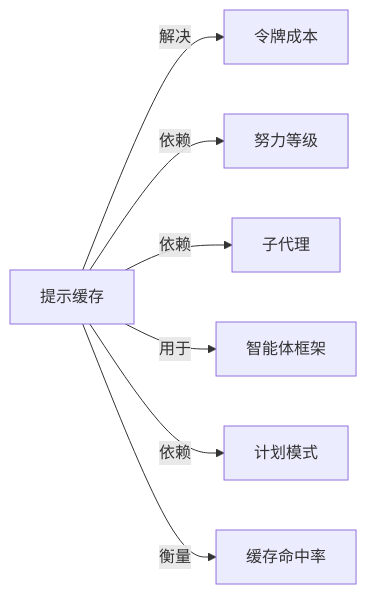
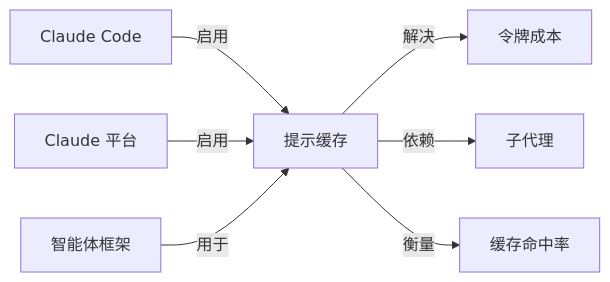
The diagram in wiki/提示缓存.md (yibie/claude-best-practices-zh), drawn with Mermaid before and after one commit. The commit also changed other lines of this file and 407 other files, not shown here.

Commit message:
feat: DeepSeek 三遍审校（译文/关系/图谱）+ 可部署静态站点

````diff
--- a/wiki/提示缓存.md
+++ b/wiki/提示缓存.md
@@ -48,10 +51,10 @@
 ```mermaid
 graph LR
   C["提示缓存"]
-  C -->|解决| N0["令牌成本"]
-  C -->|依赖| N1["努力等级"]
-  C -->|依赖| N2["子代理"]
-  C -->|用于| N3["智能体框架"]
-  C -->|依赖| N4["计划模式"]
+  N0["Claude Code"] -->|启用| C
+  N1["Claude 平台"] -->|启用| C
+  C -->|解决| N2["令牌成本"]
+  C -->|依赖| N3["子代理"]
+  N4["智能体框架"] -->|用于| C
   C -->|衡量| N5["缓存命中率"]
 ```
````
